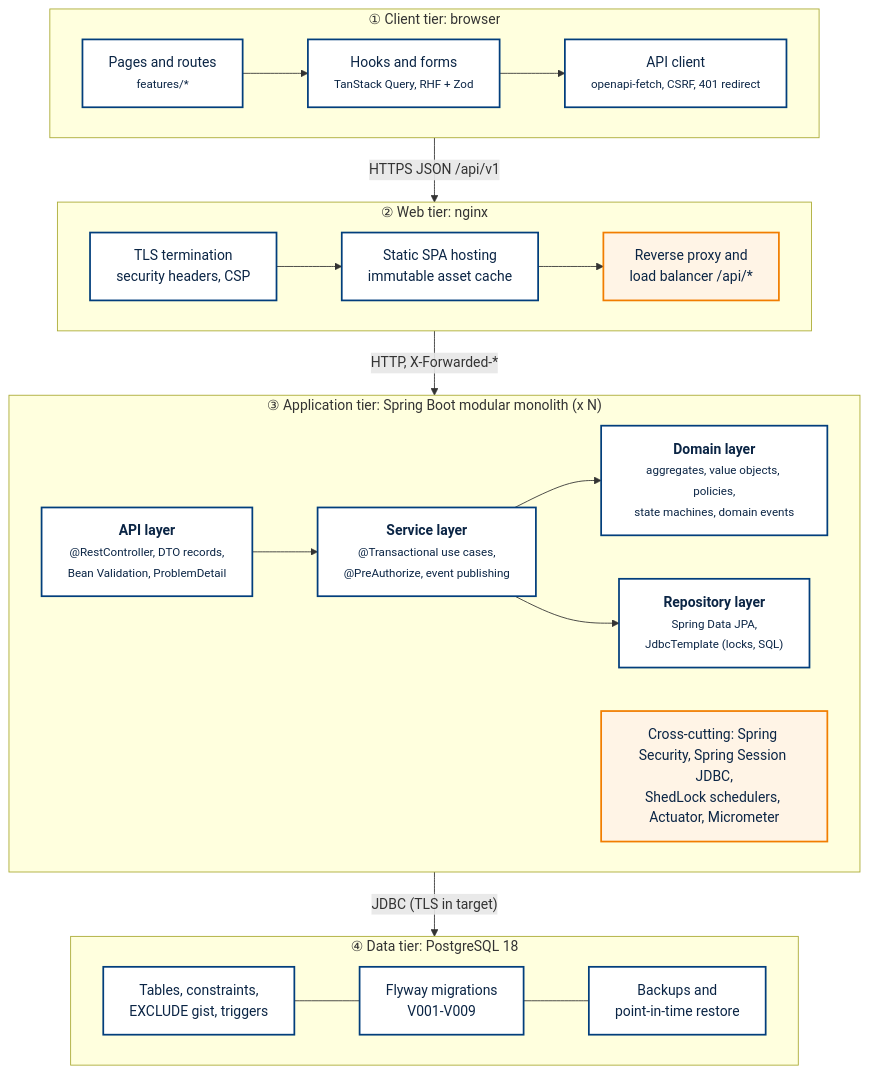
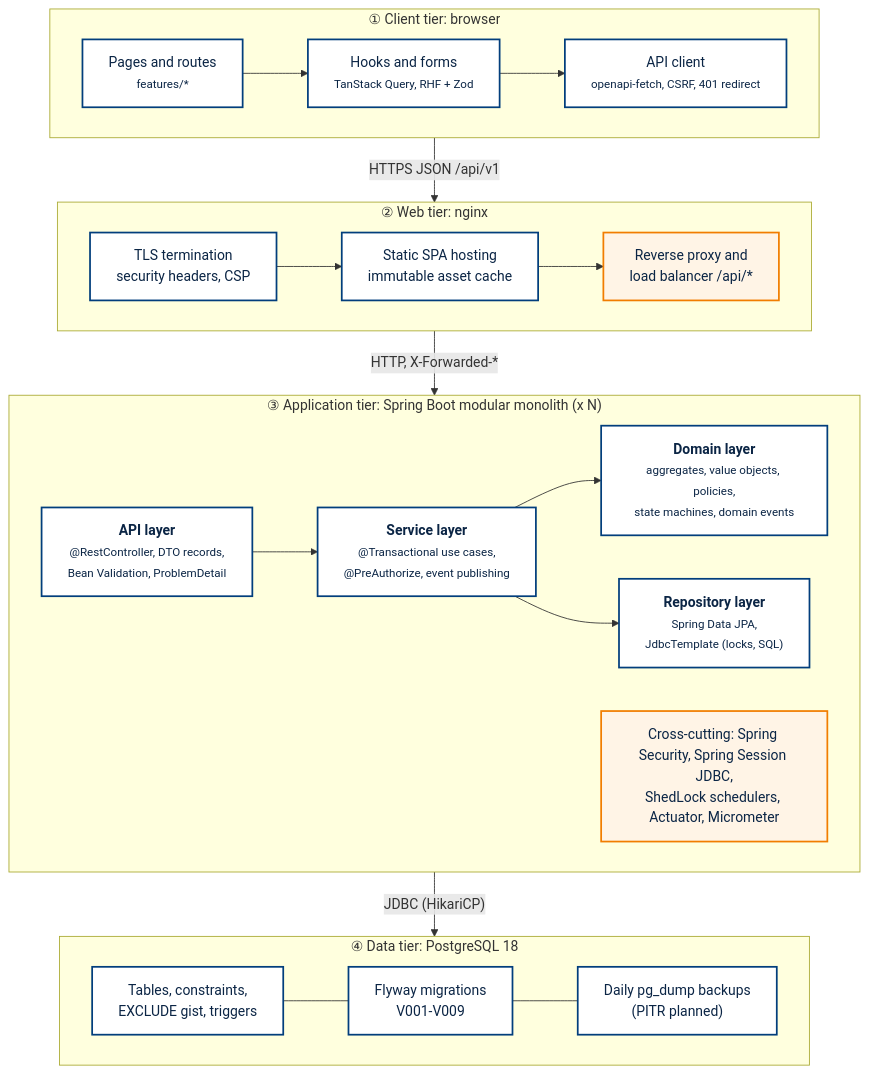
One commit to cpg25ncu/shared-equipment-reservation-and-maintenance-system changed the diagram in docs/diagrams/report/03-tiers-layers.mmd. Above: the diagram before and after it, drawn with Mermaid. The commit also changed 71 other files, not shown here.

```diff
--- a/docs/diagrams/report/03-tiers-layers.mmd
+++ b/docs/diagrams/report/03-tiers-layers.mmd
@@ -1,23 +1,23 @@
 %% Tiers and layers
 flowchart TB
   classDef tier fill:#FFFFFF,stroke:#023E7C,stroke-width:2px,color:#0B2545
   classDef hot fill:#FFF4E6,stroke:#F17D00,stroke-width:2px,color:#0B2545
   subgraph T1["① Client tier: browser"]
     direction LR
     P1["Pages and routes<br/><small>features/*</small>"]:::tier --> P2["Hooks and forms<br/><small>TanStack Query, RHF + Zod</small>"]:::tier --> P3["API client<br/><small>openapi-fetch, CSRF, 401 redirect</small>"]:::tier
   end
   subgraph T2["② Web tier: nginx"]
     direction LR
     W1["TLS termination<br/>security headers, CSP"]:::tier --> W2["Static SPA hosting<br/>immutable asset cache"]:::tier --> W3["Reverse proxy and<br/>load balancer /api/*"]:::hot
   end
   subgraph T3["③ Application tier: Spring Boot modular monolith (x N)"]
     direction LR
     L1["<b>API layer</b><br/><small>@RestController, DTO records,<br/>Bean Validation, ProblemDetail</small>"]:::tier --> L2["<b>Service layer</b><br/><small>@Transactional use cases,<br/>@PreAuthorize, event publishing</small>"]:::tier --> L3["<b>Domain layer</b><br/><small>aggregates, value objects, policies,<br/>state machines, domain events</small>"]:::tier
     L2 --> L4["<b>Repository layer</b><br/><small>Spring Data JPA,<br/>JdbcTemplate (locks, SQL)</small>"]:::tier
     X["Cross-cutting: Spring Security, Spring Session JDBC,<br/>ShedLock schedulers, Actuator, Micrometer"]:::hot
   end
   subgraph T4["④ Data tier: PostgreSQL 18"]
     direction LR
-    D1["Tables, constraints,<br/>EXCLUDE gist, triggers"]:::tier --- D2["Flyway migrations<br/>V001-V009"]:::tier --- D3["Backups and<br/>point-in-time restore"]:::tier
+    D1["Tables, constraints,<br/>EXCLUDE gist, triggers"]:::tier --- D2["Flyway migrations<br/>V001-V009"]:::tier --- D3["Daily pg_dump backups<br/>(PITR planned)"]:::tier
   end
-  T1 -- "HTTPS JSON /api/v1" --> T2 -- "HTTP, X-Forwarded-*" --> T3 -- "JDBC (TLS in target)" --> T4
+  T1 -- "HTTPS JSON /api/v1" --> T2 -- "HTTP, X-Forwarded-*" --> T3 -- "JDBC (HikariCP)" --> T4
```
